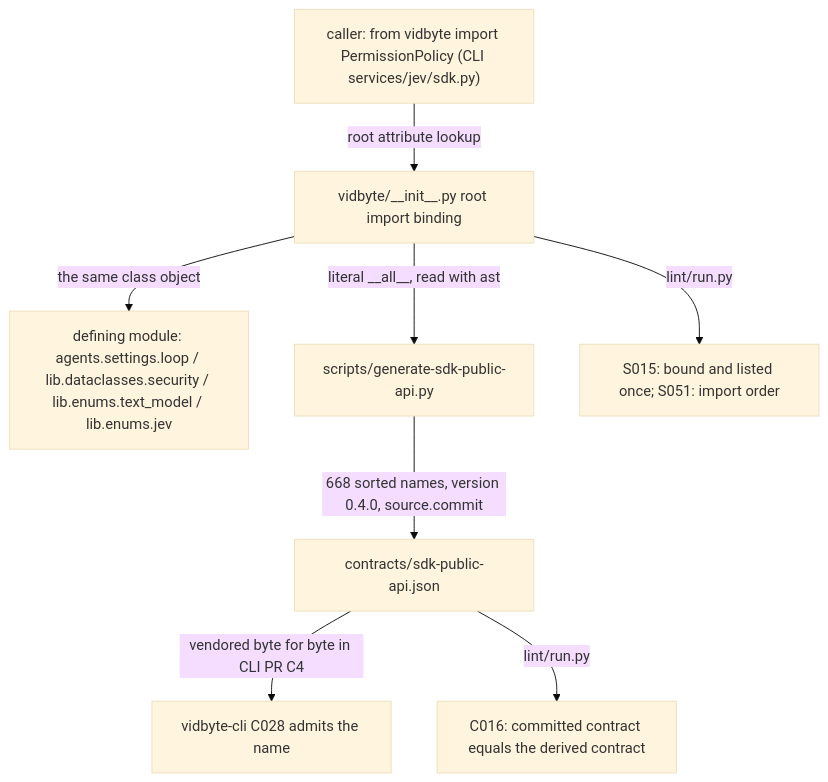
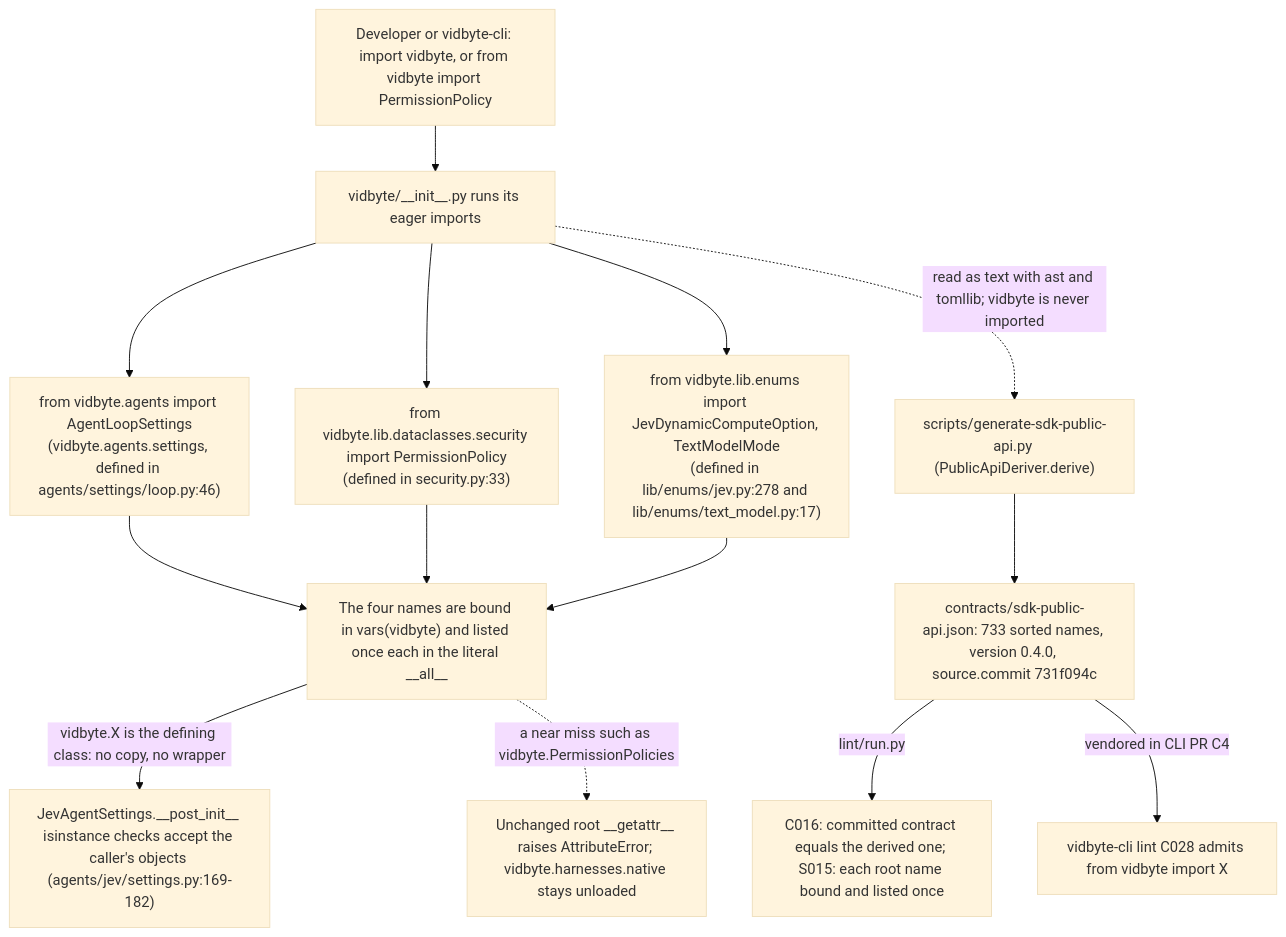
One commit to cerredz/Vidbyte-SDK changed the diagram in docs/spec/jev-cli-root-exports/spec.md. Above: the diagram before and after it, drawn with Mermaid (base theme). The commit also changed other lines of this file and 1 other file, not shown here.

Commit message:
docs(spec): finalize jev-cli-root-exports for PR
Add the PR #1190 body, set the spec status to pr-open, redraw §5 to
match the shipped code (733 contract names, not 668), and correct the
inherited-red text in §11 and §12.5 to the one local-only red, the
:309 merge-base clause (re-review R-C1). No source, test or contract
change.

````diff
--- a/docs/spec/jev-cli-root-exports/spec.md
+++ b/docs/spec/jev-cli-root-exports/spec.md
@@ -119,10 +121,16 @@
 ```mermaid
 flowchart TD
-  A["caller: from vidbyte import PermissionPolicy (CLI services/jev/sdk.py)"] -->|root attribute lookup| B["vidbyte/__init__.py root import binding"]
-  B -->|the same class object| C["defining module: agents.settings.loop / lib.dataclasses.security / lib.enums.text_model / lib.enums.jev"]
-  B -->|literal __all__, read with ast| D["scripts/generate-sdk-public-api.py"]
-  D -->|668 sorted names, version 0.4.0, source.commit| E["contracts/sdk-public-api.json"]
-  E -->|vendored byte for byte in CLI PR C4| F["vidbyte-cli C028 admits the name"]
-  B -->|lint/run.py| G["S015: bound and listed once; S051: import order"]
-  E -->|lint/run.py| H["C016: committed contract equals the derived contract"]
+  A["Developer or vidbyte-cli: import vidbyte, or from vidbyte import PermissionPolicy"] --> B["vidbyte/__init__.py runs its eager imports"]
+  B --> C1["from vidbyte.agents import AgentLoopSettings<br/>(vidbyte.agents.settings, defined in agents/settings/loop.py:46)"]
+  B --> C2["from vidbyte.lib.dataclasses.security import PermissionPolicy<br/>(defined in security.py:33)"]
+  B --> C3["from vidbyte.lib.enums import JevDynamicComputeOption, TextModelMode<br/>(defined in lib/enums/jev.py:278 and lib/enums/text_model.py:17)"]
+  C1 --> D["The four names are bound in vars(vidbyte) and listed once each in the literal __all__"]
+  C2 --> D
+  C3 --> D
+  D -->|"vidbyte.X is the defining class: no copy, no wrapper"| E["JevAgentSettings.__post_init__ isinstance checks accept the caller's objects (agents/jev/settings.py:169-182)"]
+  D -.->|"a near miss such as vidbyte.PermissionPolicies"| F["Unchanged root __getattr__ raises AttributeError; vidbyte.harnesses.native stays unloaded"]
+  B -.->|"read as text with ast and tomllib; vidbyte is never imported"| G["scripts/generate-sdk-public-api.py (PublicApiDeriver.derive)"]
+  G --> H["contracts/sdk-public-api.json: 733 sorted names, version 0.4.0, source.commit 731f094c"]
+  H -->|"lint/run.py"| I["C016: committed contract equals the derived one; S015: each root name bound and listed once"]
+  H -->|"vendored in CLI PR C4"| J["vidbyte-cli lint C028 admits from vidbyte import X"]
 ```
````
